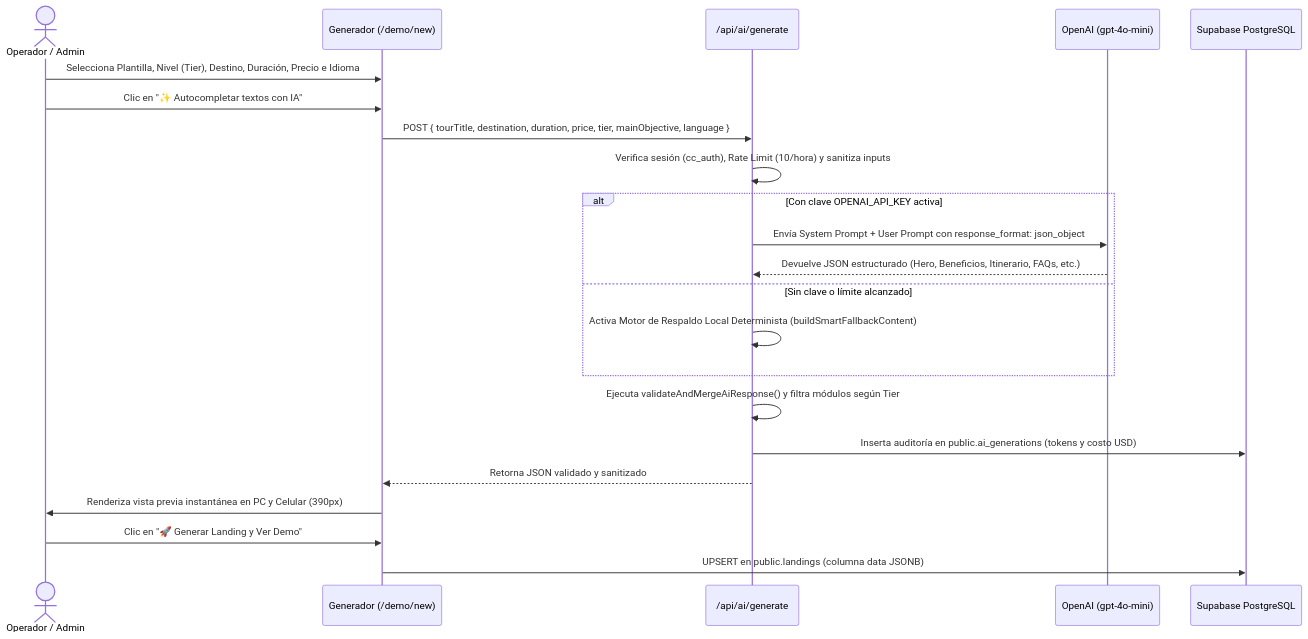
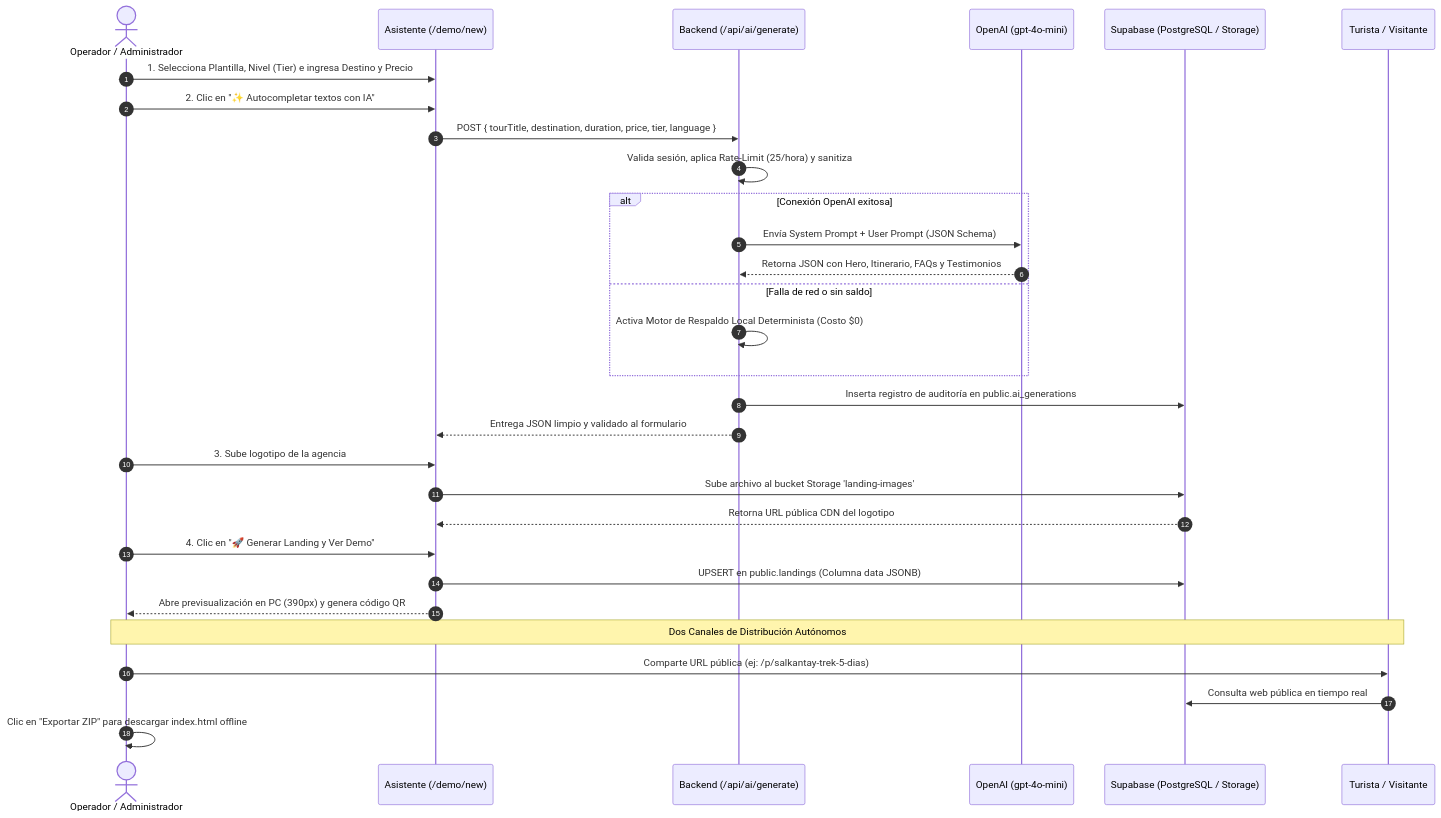
Before and after one commit to erikvlad1111-ctrl/Generador-de-Landingpages: the fourth of 7 diagrams in docs/documentacion_tesis.md, drawn with Mermaid. The commit also changed other lines of this file and 1 other file, not shown here.

Commit message:
docs(tesis): enriquecer documentacion con mapas de flujo, diagramas mermaid y graficos comparativos

````diff
--- a/docs/documentacion_tesis.md
+++ b/docs/documentacion_tesis.md
@@ -111,25 +151,34 @@
 ```mermaid
 sequenceDiagram
-    actor Usuario as Operador / Admin
-    participant Wizard as Generador (/demo/new)
-    participant API as /api/ai/generate
+    autonumber
+    actor Operador as Operador / Administrador
+    participant Form as Asistente (/demo/new)
+    participant ApiAI as Backend (/api/ai/generate)
     participant OpenAI as OpenAI (gpt-4o-mini)
-    participant DB as Supabase PostgreSQL
+    participant Supa as Supabase (PostgreSQL / Storage)
+    participant Turista as Turista / Visitante
 
-    Usuario->>Wizard: Selecciona Plantilla, Nivel (Tier), Destino, Duración, Precio e Idioma
-    Usuario->>Wizard: Clic en "✨ Autocompletar textos con IA"
-    Wizard->>API: POST { tourTitle, destination, duration, price, tier, mainObjective, language }
-    API->>API: Verifica sesión (cc_auth), Rate Limit (10/hora) y sanitiza inputs
-    alt Con clave OPENAI_API_KEY activa
-        API->>OpenAI: Envía System Prompt + User Prompt con response_format: json_object
-        OpenAI-->>API: Devuelve JSON estructurado (Hero, Beneficios, Itinerario, FAQs, etc.)
-    else Sin clave o límite alcanzado
-        API->>API: Activa Motor de Respaldo Local Determinista (buildSmartFallbackContent)
+    Operador->>Form: 1. Selecciona Plantilla, Nivel (Tier) e ingresa Destino y Precio
+    Operador->>Form: 2. Clic en "✨ Autocompletar textos con IA"
+    Form->>ApiAI: POST { tourTitle, destination, duration, price, tier, language }
+    ApiAI->>ApiAI: Valida sesión, aplica Rate-Limit (25/hora) y sanitiza
+    alt Conexión OpenAI exitosa
+        ApiAI->>OpenAI: Envía System Prompt + User Prompt (JSON Schema)
+        OpenAI-->>ApiAI: Retorna JSON con Hero, Itinerario, FAQs y Testimonios
+    else Falla de red o sin saldo
+        ApiAI->>ApiAI: Activa Motor de Respaldo Local Determinista (Costo $0)
     end
-    API->>API: Ejecuta validateAndMergeAiResponse() y filtra módulos según Tier
-    API->>DB: Inserta auditoría en public.ai_generations (tokens y costo USD)
-    API-->>Wizard: Retorna JSON validado y sanitizado
-    Wizard->>Usuario: Renderiza vista previa instantánea en PC y Celular (390px)
-    Usuario->>Wizard: Clic en "🚀 Generar Landing y Ver Demo"
-    Wizard->>DB: UPSERT en public.landings (columna data JSONB)
+    ApiAI->>Supa: Inserta registro de auditoría en public.ai_generations
+    ApiAI-->>Form: Entrega JSON limpio y validado al formulario
+    Operador->>Form: 3. Sube logotipo de la agencia
+    Form->>Supa: Sube archivo al bucket Storage 'landing-images'
+    Supa-->>Form: Retorna URL pública CDN del logotipo
+    Operador->>Form: 4. Clic en "🚀 Generar Landing y Ver Demo"
+    Form->>Supa: UPSERT en public.landings (Columna data JSONB)
+    Form-->>Operador: Abre previsualización en PC (390px) y genera código QR
+    
+    Note over Operador,Turista: Dos Canales de Distribución Autónomos
+    Operador->>Turista: Comparte URL pública (ej: /p/salkantay-trek-5-dias)
+    Turista->>Supa: Consulta web pública en tiempo real
+    Operador->>Operador: Clic en "Exportar ZIP" para descargar index.html offline
 ```
````
